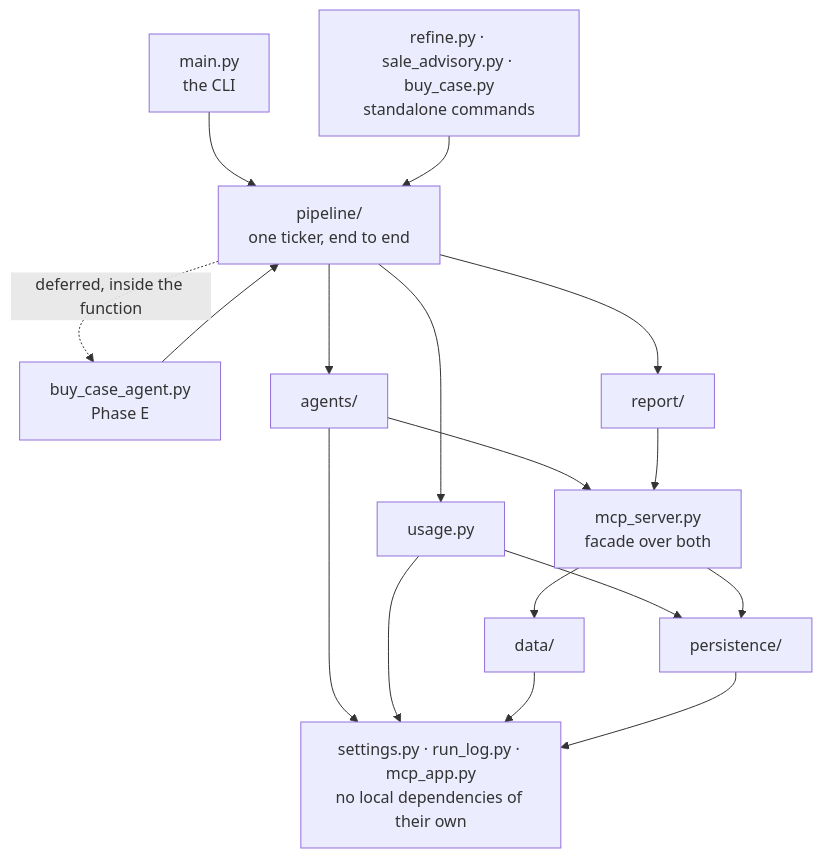
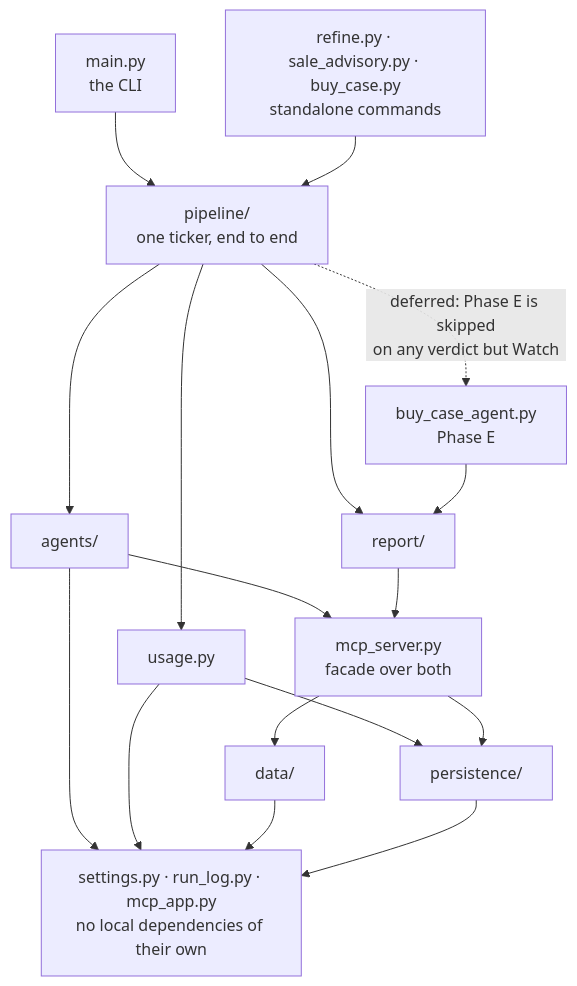
Before and after one commit to sun4github/magic-stock-picker: the second of 5 diagrams in docs/architecture.md, drawn with Mermaid. The commit also changed other lines of this file and 14 other files, not shown here.

````diff
--- a/docs/architecture.md
+++ b/docs/architecture.md
@@ -74,31 +74,31 @@
 ```mermaid
 flowchart TD
     MAIN["main.py<br/>the CLI"]
     CMDS["refine.py · sale_advisory.py · buy_case.py<br/>standalone commands"]
     PIPE["pipeline/<br/>one ticker, end to end"]
     BCA["buy_case_agent.py<br/>Phase E"]
     AGENTS["agents/"]
     USAGE["usage.py"]
     REPORT["report/"]
     MCP["mcp_server.py<br/>facade over both"]
     DATA["data/"]
     PERS["persistence/"]
     BASE["settings.py · run_log.py · mcp_app.py<br/>no local dependencies of their own"]
 
     MAIN --> PIPE
     CMDS --> PIPE
     PIPE --> AGENTS
     PIPE --> USAGE
     PIPE --> REPORT
-    BCA --> PIPE
-    PIPE -. "deferred, inside the function" .-> BCA
+    PIPE -. "deferred: Phase E is skipped<br/>on any verdict but Watch" .-> BCA
+    BCA --> REPORT
     AGENTS --> MCP
     REPORT --> MCP
     USAGE --> PERS
     MCP --> DATA
     MCP --> PERS
     AGENTS --> BASE
     USAGE --> BASE
     DATA --> BASE
     PERS --> BASE
 ```
````
